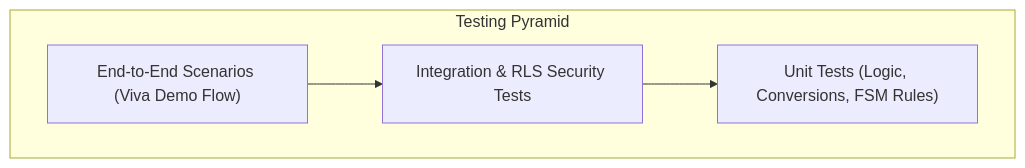
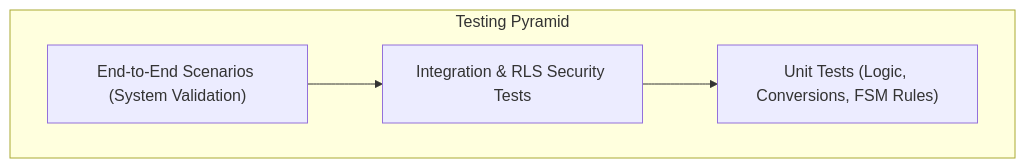
Before and after one commit to VashimSipai/mfgos: the diagram in docs/testing-strategy.md, drawn with Mermaid. The commit also changed other lines of this file and 9 other files, not shown here.

````diff
--- a/docs/testing-strategy.md
+++ b/docs/testing-strategy.md
@@ -6,10 +6,10 @@
 ```mermaid
 graph TD
     subgraph "Testing Pyramid"
-        E2E["End-to-End Scenarios (Viva Demo Flow)"]
+        E2E["End-to-End Scenarios (System Validation)"]
         Int["Integration & RLS Security Tests"]
         Unit["Unit Tests (Logic, Conversions, FSM Rules)"]
     end
     E2E --> Int
     Int --> Unit
 ```
````
